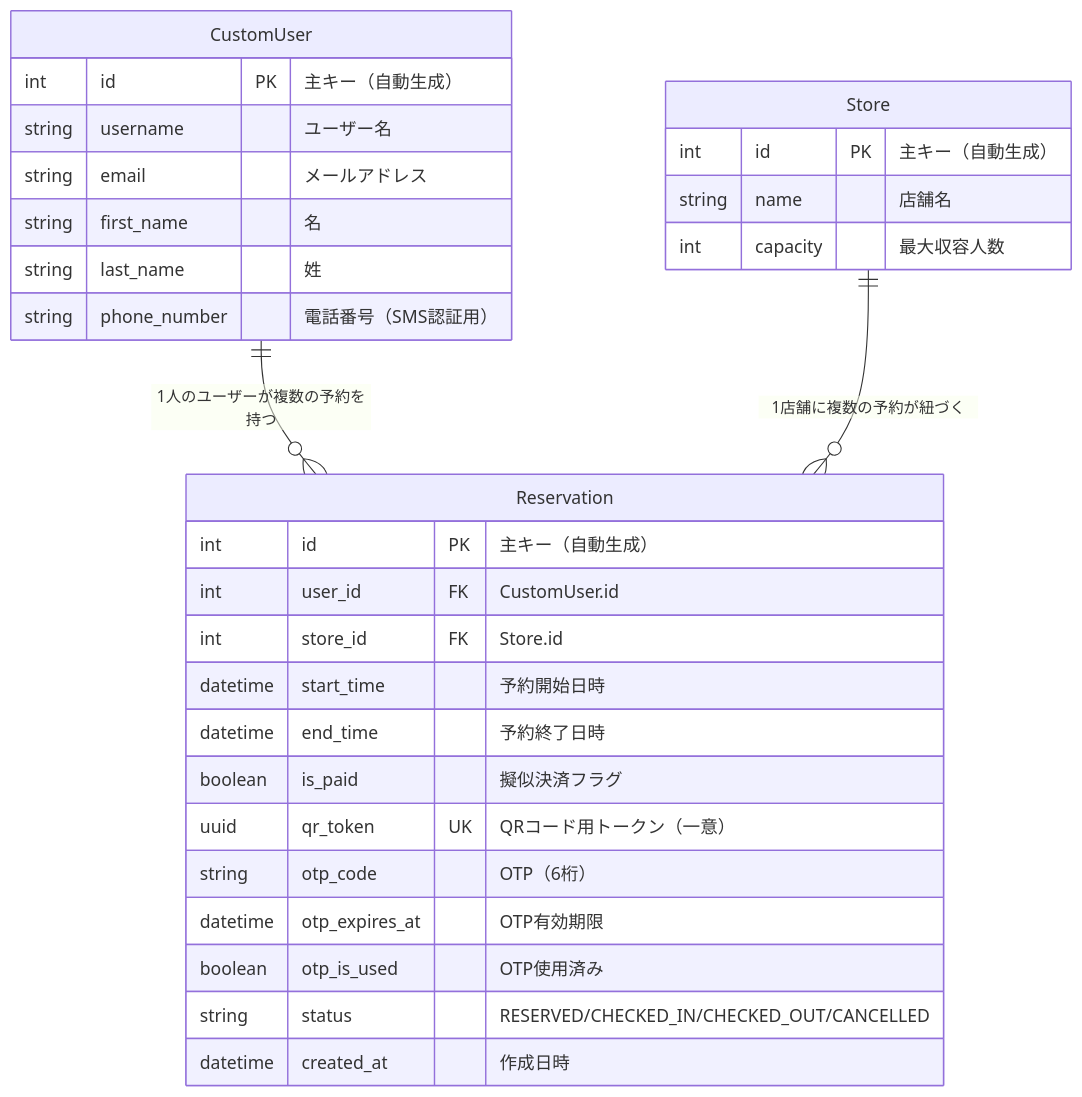
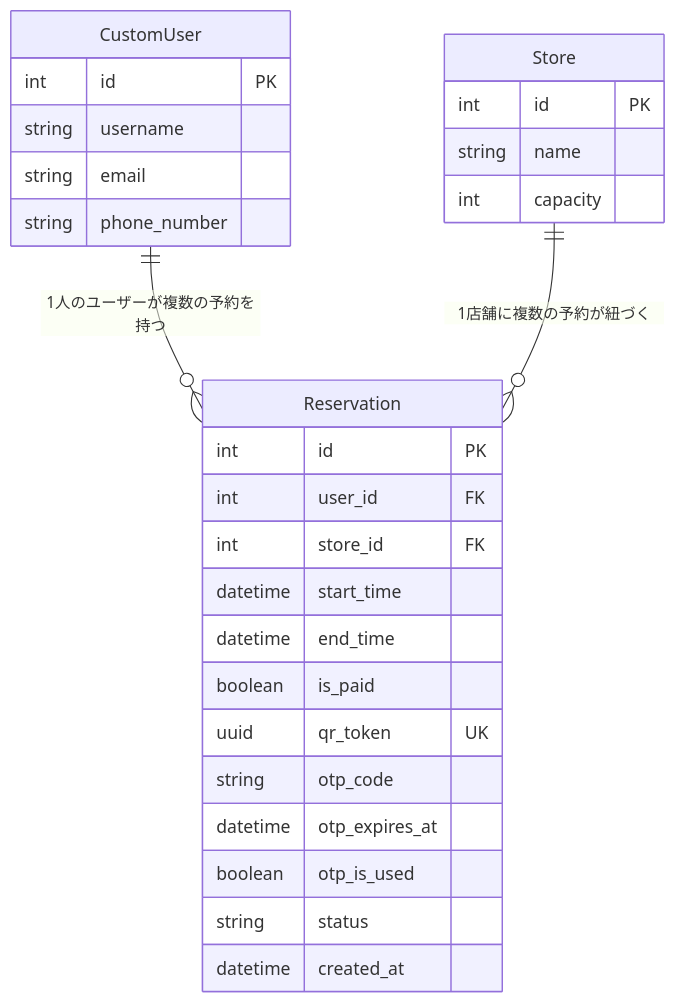
One commit to Uzu83/my_mvp_project changed the diagram in README.md. Above: the diagram before and after it, drawn with Mermaid. The commit also changed other lines of this file, not shown here.

````diff
--- a/README.md
+++ b/README.md
@@ -40,36 +45,33 @@
 ```mermaid
 erDiagram
     CustomUser ||--o{ Reservation : "1人のユーザーが複数の予約を持つ"
     Store ||--o{ Reservation : "1店舗に複数の予約が紐づく"
 
     CustomUser {
-        int id PK "主キー（自動生成）"
-        string username "ユーザー名"
-        string email "メールアドレス"
-        string first_name "名"
-        string last_name "姓"
-        string phone_number "電話番号（SMS認証用）"
+        int id PK
+        string username
+        string email
+        string phone_number
     }
 
     Store {
-        int id PK "主キー（自動生成）"
-        string name "店舗名"
-        int capacity "最大収容人数"
+        int id PK
+        string name
+        int capacity
     }
 
     Reservation {
-        int id PK "主キー（自動生成）"
-        int user_id FK "CustomUser.id"
-        int store_id FK "Store.id"
-        datetime start_time "予約開始日時"
-        datetime end_time "予約終了日時"
-        boolean is_paid "擬似決済フラグ"
-        uuid qr_token UK "QRコード用トークン（一意）"
-        string otp_code "OTP（6桁）"
-        datetime otp_expires_at "OTP有効期限"
-        boolean otp_is_used "OTP使用済み"
-        string status "RESERVED/CHECKED_IN/CHECKED_OUT/CANCELLED"
-        datetime created_at "作成日時"
+        int id PK
+        int user_id FK
+        int store_id FK
+        datetime start_time
+        datetime end_time
+        boolean is_paid
+        uuid qr_token UK
+        string otp_code
+        datetime otp_expires_at
+        boolean otp_is_used
+        string status
+        datetime created_at
     }
-
 ```
````
